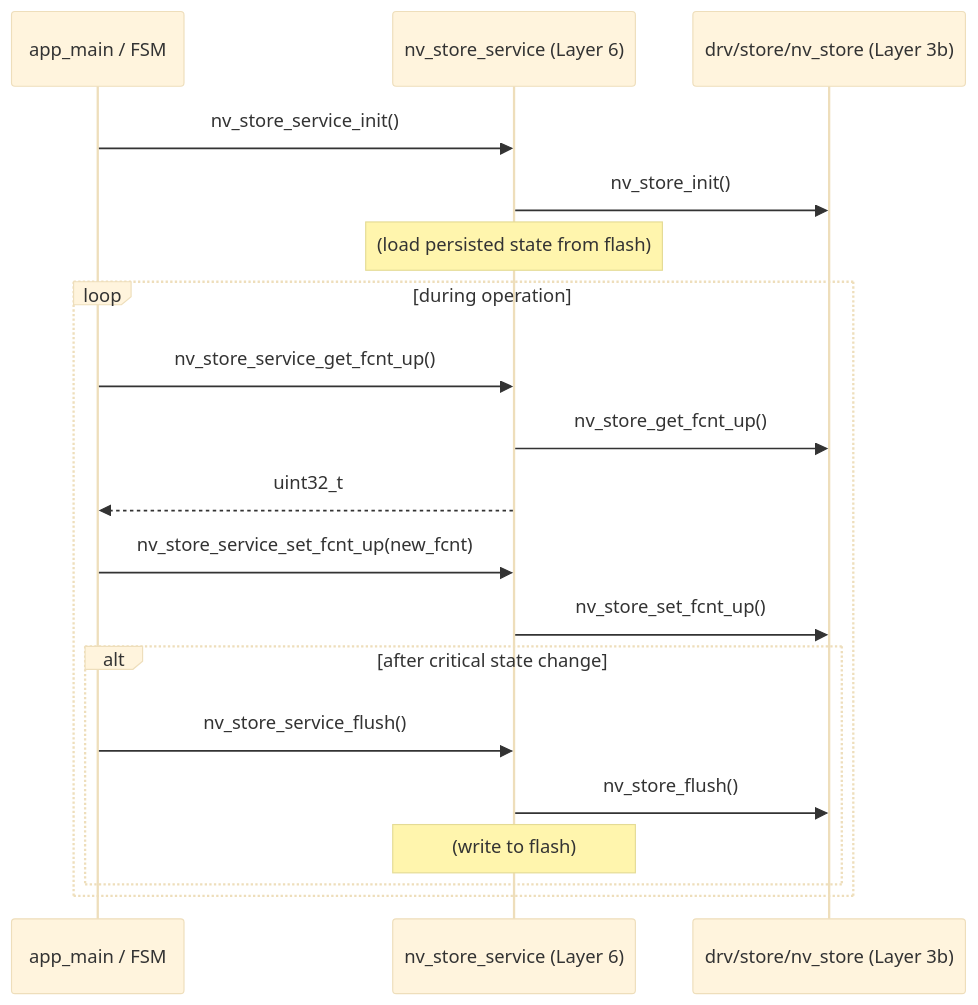
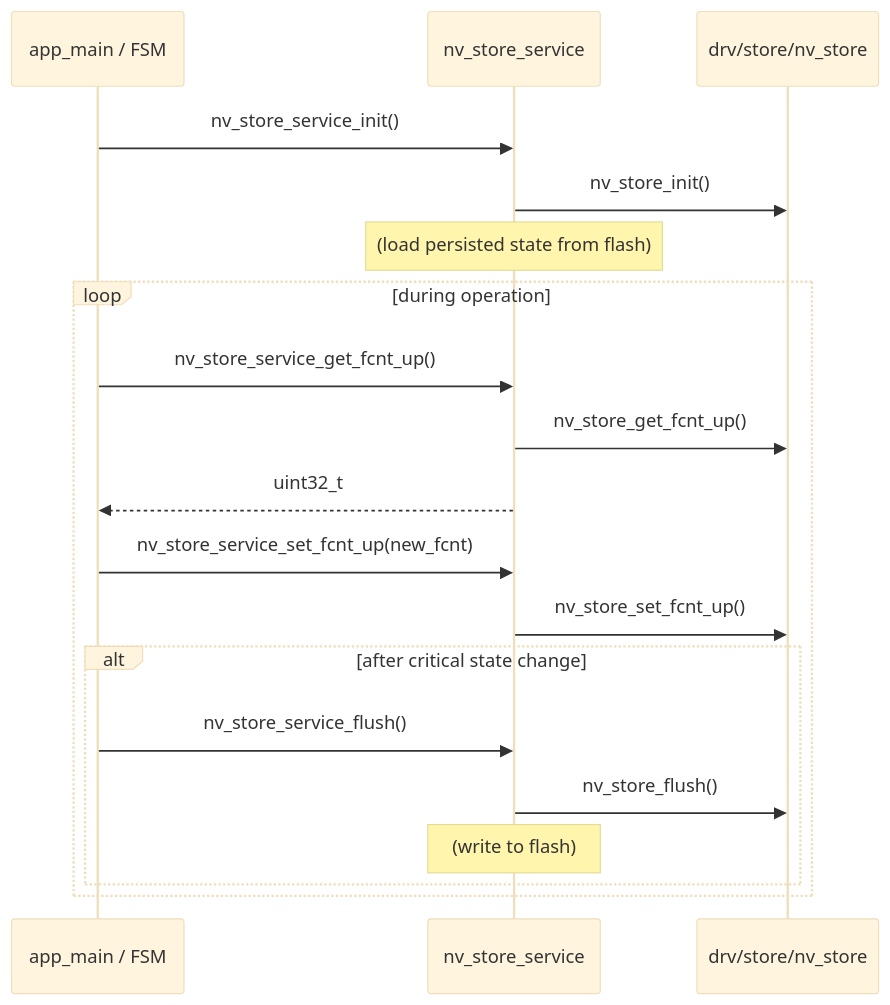
The fourth of 10 diagrams in EMIC_LORA_PROTOCOL/docs/layer_call_flow.md (vuvantruong120896/emic_lora_protocol), drawn with Mermaid (base theme) before and after one commit. The commit also changed other lines of this file and 52 other files, not shown here.

````diff
--- a/EMIC_LORA_PROTOCOL/docs/layer_call_flow.md
+++ b/EMIC_LORA_PROTOCOL/docs/layer_call_flow.md
@@ -235,25 +305,25 @@
 ```mermaid
 sequenceDiagram
   participant APP as app_main / FSM
-  participant NV as nv_store_service (Layer 6)
-  participant DRV as drv/store/nv_store (Layer 3b)
+  participant NV as nv_store_service
+  participant DRV as drv/store/nv_store
 
   APP->>NV: nv_store_service_init()
   NV->>DRV: nv_store_init()
   Note over NV: (load persisted state from flash)
 
   loop during operation
     APP->>NV: nv_store_service_get_fcnt_up()
     NV->>DRV: nv_store_get_fcnt_up()
     NV-->>APP: uint32_t
 
     APP->>NV: nv_store_service_set_fcnt_up(new_fcnt)
     NV->>DRV: nv_store_set_fcnt_up()
-    
+  
     alt after critical state change
       APP->>NV: nv_store_service_flush()
       NV->>DRV: nv_store_flush()
       Note over NV: (write to flash)
     end
   end
 ```
````
